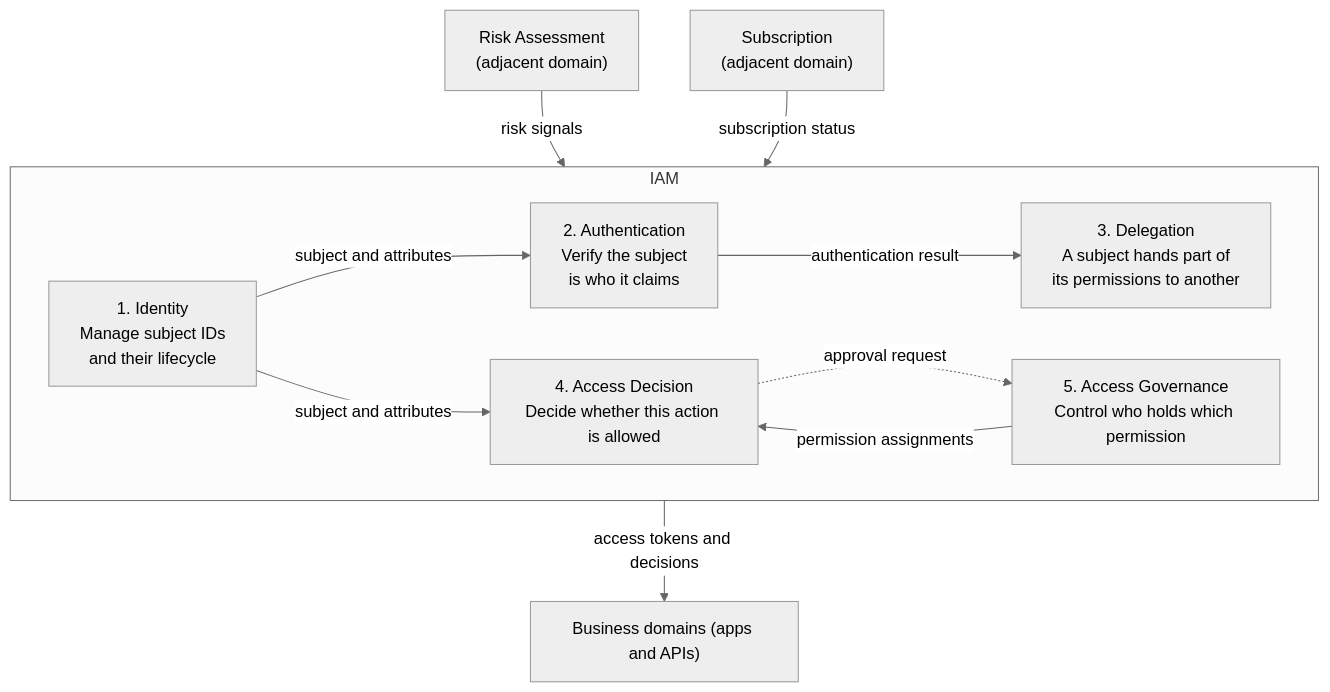
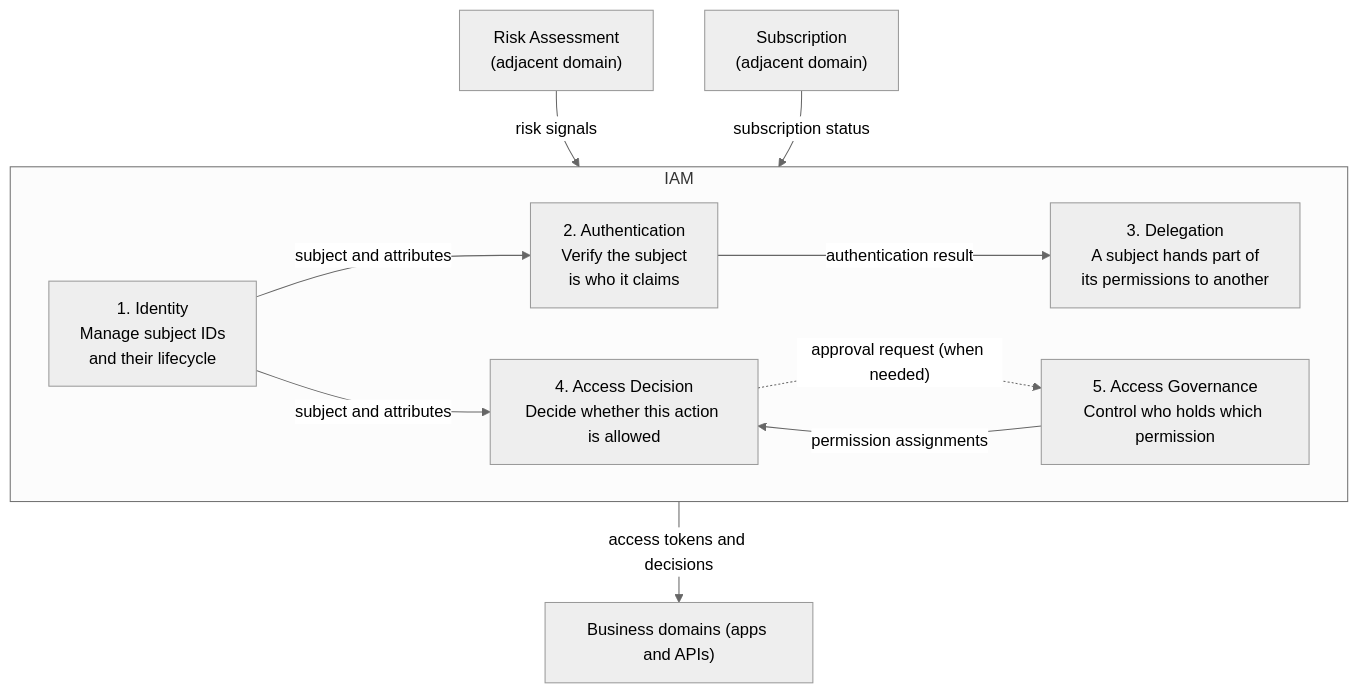
Before and after one commit to bmf-san/bmf-tech: the diagram in content/en/posts/authorization-domain-iam-subdomains.md, drawn with Mermaid (neutral theme). The commit also changed other lines of this file and 1 other file, not shown here.

First line of the commit message:
fix: 認可の全体像の記事の図・表・まとめを本文の条件と限定に合わせる

````diff
--- a/content/en/posts/authorization-domain-iam-subdomains.md
+++ b/content/en/posts/authorization-domain-iam-subdomains.md
@@ -132,25 +132,25 @@
 ```mermaid
 flowchart TB
     RISK["Risk Assessment<br/>(adjacent domain)"]
     SUB["Subscription<br/>(adjacent domain)"]
 
     subgraph IAM["IAM"]
         direction LR
         ID["1. Identity<br/>Manage subject IDs<br/>and their lifecycle"]
         AUTHN["2. Authentication<br/>Verify the subject<br/>is who it claims"]
         DEL["3. Delegation<br/>A subject hands part of<br/>its permissions to another"]
         GOV["5. Access Governance<br/>Control who holds which permission"]
         POL["4. Access Decision<br/>Decide whether this action is allowed"]
         ID -- "subject and attributes" --> AUTHN
         AUTHN -- "authentication result" --> DEL
         ID -- "subject and attributes" --> POL
         GOV -- "permission assignments" --> POL
-        POL -. "approval request" .-> GOV
+        POL -. "approval request (when needed)" .-> GOV
     end
 
     APP["Business domains (apps and APIs)"]
 
     RISK -- "risk signals" --> IAM
     SUB -- "subscription status" --> IAM
     IAM -- "access tokens and decisions" --> APP
 ```
````
